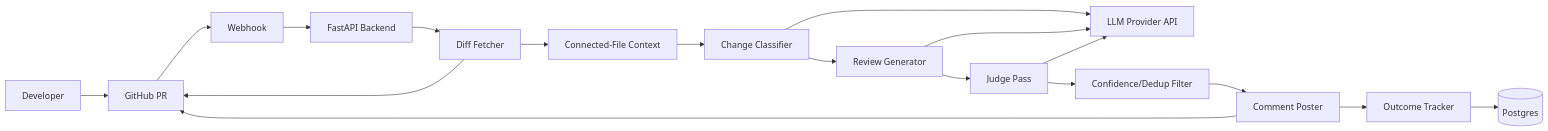
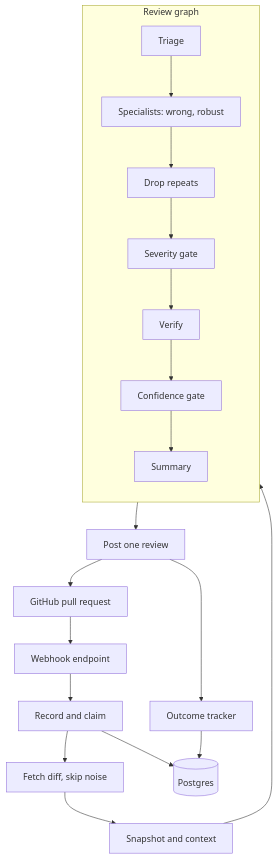
One commit to kaur-devs/PR-Review-Copilot changed the diagram in docs/06_HLD.md. Above: the diagram before and after it, drawn with Mermaid. The commit also changed other lines of this file and 75 other files, not shown here.

Commit message:
feat(agents): per-file fan-out, fresh-context answers, and the fixes five live runs found

````diff
--- a/docs/06_HLD.md
+++ b/docs/06_HLD.md
@@ -5,35 +9,24 @@
 ```mermaid
-flowchart LR
-    U[Developer]
-    GH[GitHub PR]
-    WH[Webhook]
-    API[FastAPI Backend]
-    DF[Diff Fetcher]
-    CF[Connected-File Context]
-    CC[Change Classifier]
-    RG[Review Generator]
-    JP[Judge Pass]
-    FL[Confidence/Dedup Filter]
-    CP[Comment Poster]
-    OT[Outcome Tracker]
-    DB[(Postgres)]
-    LLM[LLM Provider API]
+flowchart TB
+    GH[GitHub pull request] --> WH[Webhook endpoint]
+    WH --> REC[Record and claim]
+    REC --> PREP[Fetch diff, skip noise]
+    PREP --> CTX[Snapshot and context]
+    CTX --> GRAPH
 
-    U --> GH
-    GH --> WH
-    WH --> API
-    API --> DF
-    DF --> GH
-    DF --> CF
-    CF --> CC
-    CC --> LLM
-    CC --> RG
-    RG --> LLM
-    RG --> JP
-    JP --> LLM
-    JP --> FL
-    FL --> CP
-    CP --> GH
-    CP --> OT
-    OT --> DB
+    subgraph GRAPH [Review graph]
+        direction TB
+        TR[Triage] --> SP[Specialists: wrong, robust]
+        SP --> RP[Drop repeats]
+        RP --> SG[Severity gate]
+        SG --> VF[Verify]
+        VF --> CG[Confidence gate]
+        CG --> SM[Summary]
+    end
+
+    GRAPH --> POST[Post one review]
+    POST --> GH
+    POST --> OUT[Outcome tracker]
+    OUT --> DB[(Postgres)]
+    REC --> DB
 ```
````
